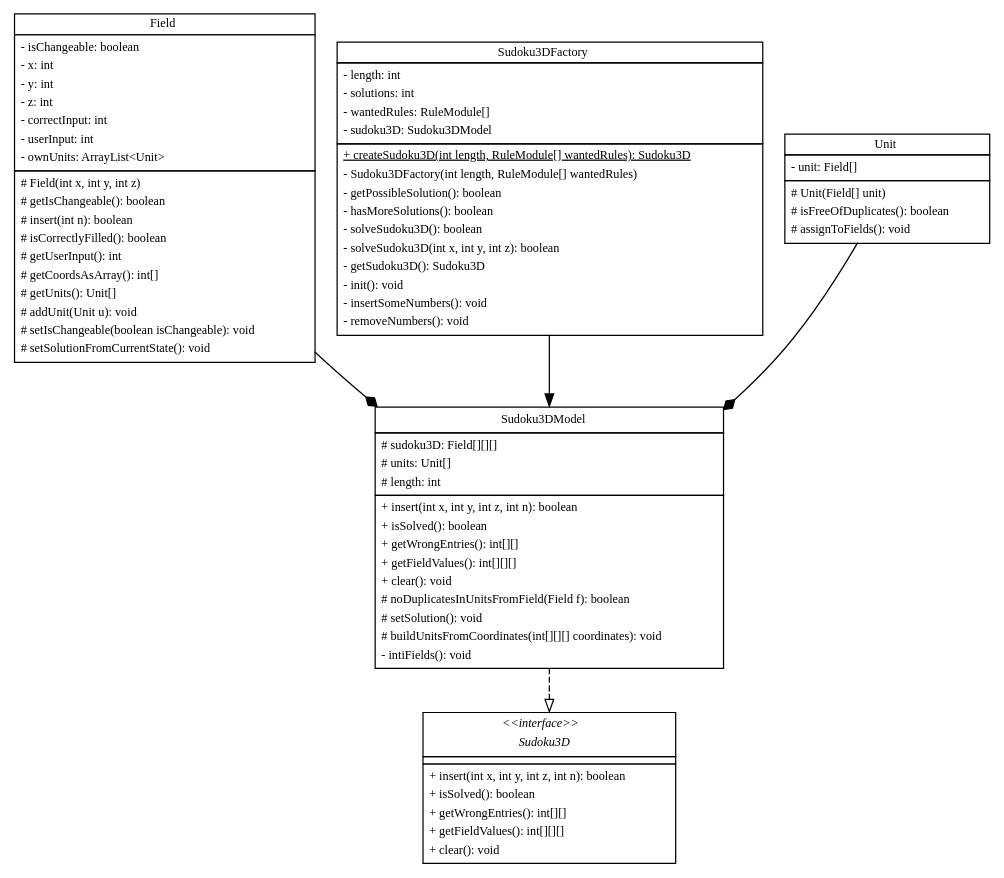
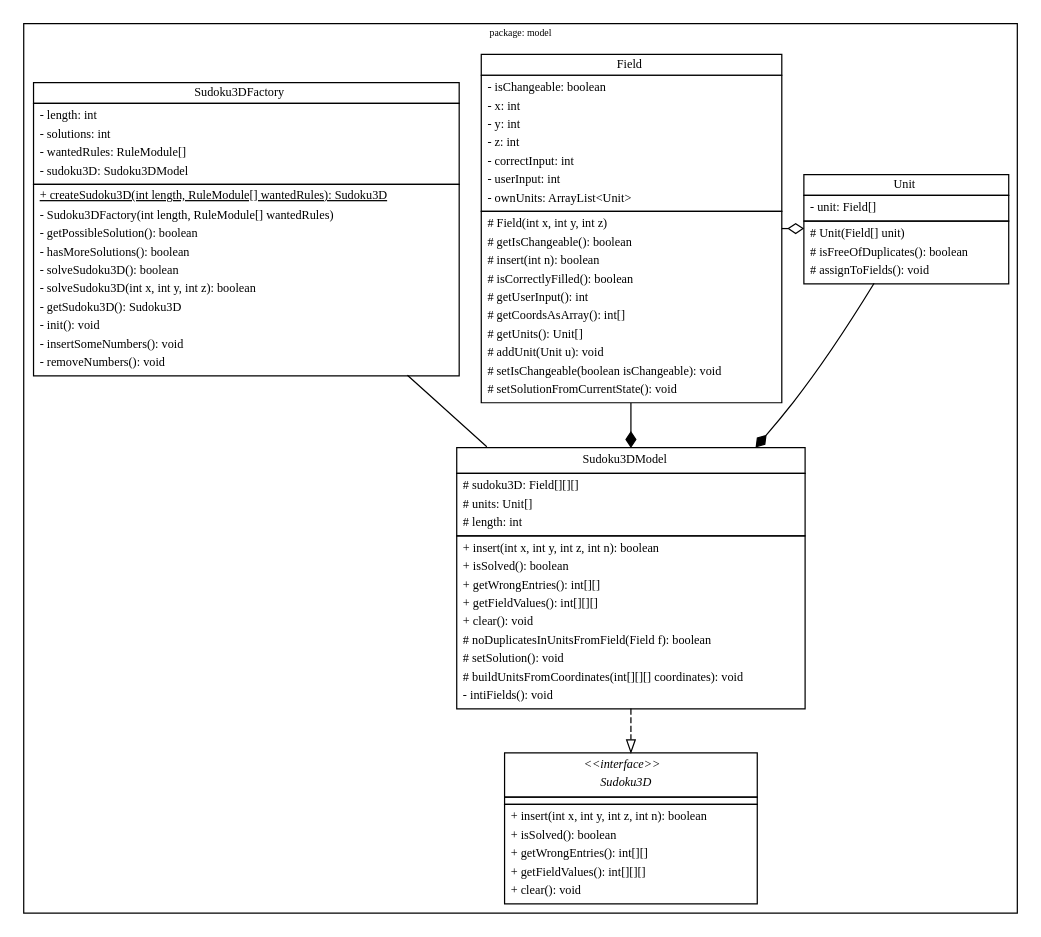
The diagram in doc/model.dot (Mavpotter/Sudoku3D), drawn with Graphviz before and after one commit.

Commit message:
improved arrows

```diff
--- a/doc/model.dot
+++ b/doc/model.dot
@@ -1,186 +1,191 @@
 digraph G {
     fontname = "Bitstream Vera Sans"
     fontsize = 8
 
     node [
         fontname = "Bitstream Vera Sans"
         fontsize = 10
         shape = none width=0 height=0 margin=0
     ]
 
     edge [
         fontname = "Bitstream Vera Sans"
         fontsize = 10
     ]
 
-    subgraph packagemodel{
+    subgraph clustermodel{
+
+        label = "package: model"
 
         field [
             label =
             <<table border="0" cellspacing="0" cellborder="1">
                 <tr>
                     <td>Field</td>
                 </tr>
                 <tr>
                     <td>
                         <table border="0" cellspacing="0" cellborder="0">
                             <tr><td align="left">- isChangeable: boolean</td></tr>
                             <tr><td align="left">- x: int</td></tr>
                             <tr><td align="left">- y: int</td></tr>
                             <tr><td align="left">- z: int</td></tr>
                             <tr><td align="left">- correctInput: int</td></tr>
                             <tr><td align="left">- userInput: int</td></tr>
                             <tr><td align="left">- ownUnits: ArrayList&lt;Unit&gt;</td></tr>
                         </table>
                     </td>
                 </tr>
                 <tr>
                     <td>
                         <table border="0" cellspacing="0" cellborder="0">
                             <tr><td align="left"># Field(int x, int y, int z)</td></tr>
                             <tr><td align="left"># getIsChangeable(): boolean</td></tr>
                             <tr><td align="left"># insert(int n): boolean</td></tr>
                             <tr><td align="left"># isCorrectlyFilled(): boolean</td></tr>
                             <tr><td align="left"># getUserInput(): int</td></tr>
                             <tr><td align="left"># getCoordsAsArray(): int[]</td></tr>
                             <tr><td align="left"># getUnits(): Unit[]</td></tr>
                             <tr><td align="left"># addUnit(Unit u): void</td></tr>
                             <tr><td align="left"># setIsChangeable(boolean isChangeable): void</td></tr>
                             <tr><td align="left"># setSolutionFromCurrentState(): void</td></tr>
                         </table>
                     </td>
                 </tr>
             </table>>
         ]
 
         sudoku3d [
             label =
             <<table border="0" cellspacing="0" cellborder="1">
                 <tr>
                     <td>
                         <table border="0" cellspacing="0" cellborder="0">
                             <tr><td align="center"><i>&lt;&lt;interface&gt;&gt;</i></td></tr>
                             <tr><td align="center"><i>Sudoku3D</i></td></tr>
                         </table>
                     </td>
                 </tr>
                 <tr>
                     <td></td>
                 </tr>
                 <tr>
                     <td>
                         <table border="0" cellspacing="0" cellborder="0">
                             <tr><td align="left">+ insert(int x, int y, int z, int n): boolean</td></tr>
                             <tr><td align="left">+ isSolved(): boolean</td></tr>
                             <tr><td align="left">+ getWrongEntries(): int[][]</td></tr>
                             <tr><td align="left">+ getFieldValues(): int[][][]</td></tr>
                             <tr><td align="left">+ clear(): void</td></tr>
                         </table>
                     </td>
                 </tr>
             </table>>
         ]
 
         sudoku3dfactory [
             label =
             <<table border="0" cellspacing="0" cellborder="1">
                 <tr>
                     <td>Sudoku3DFactory</td>
                 </tr>
                 <tr>
                     <td>
                         <table border="0" cellspacing="0" cellborder="0">
                             <tr><td align="left">- length: int</td></tr>
                             <tr><td align="left">- solutions: int</td></tr>
                             <tr><td align="left">- wantedRules: RuleModule[]</td></tr>
                             <tr><td align="left">- sudoku3D: Sudoku3DModel</td></tr>
                         </table>
                     </td>
                 </tr>
                 <tr>
                     <td>
                         <table border="0" cellspacing="0" cellborder="0">
                             <tr><td align="left"><u>+ createSudoku3D(int length, RuleModule[] wantedRules): Sudoku3D</u></td></tr>
                             <tr><td align="left">- Sudoku3DFactory(int length, RuleModule[] wantedRules)</td></tr>
                             <tr><td align="left">- getPossibleSolution(): boolean</td></tr>
                             <tr><td align="left">- hasMoreSolutions(): boolean</td></tr>
                             <tr><td align="left">- solveSudoku3D(): boolean</td></tr>
                             <tr><td align="left">- solveSudoku3D(int x, int y, int z): boolean</td></tr>
                             <tr><td align="left">- getSudoku3D(): Sudoku3D</td></tr>
                             <tr><td align="left">- init(): void</td></tr>
                             <tr><td align="left">- insertSomeNumbers(): void</td></tr>
                             <tr><td align="left">- removeNumbers(): void</td></tr>
                         </table>
                     </td>
                 </tr>
             </table>>
         ]
 
         sudoku3dmodel [
             label =
             <<table border="0" cellspacing="0" cellborder="1">
                 <tr>
                     <td>
                         <table border="0" cellspacing="0" cellborder="0">
                             <tr><td align="center">Sudoku3DModel</td></tr>
                         </table>
                     </td>
                 </tr>
                 <tr>
                     <td>
                         <table border="0" cellspacing="0" cellborder="0">
                             <tr><td align="left"># sudoku3D: Field[][][]</td></tr>
                             <tr><td align="left"># units: Unit[]</td></tr>
                             <tr><td align="left"># length: int</td></tr>
                         </table>
                     </td>
                 </tr>
                 <tr>
                     <td>
                         <table border="0" cellspacing="0" cellborder="0">
                             <tr><td align="left">+ insert(int x, int y, int z, int n): boolean</td></tr>
                             <tr><td align="left">+ isSolved(): boolean</td></tr>
                             <tr><td align="left">+ getWrongEntries(): int[][]</td></tr>
                             <tr><td align="left">+ getFieldValues(): int[][][]</td></tr>
                             <tr><td align="left">+ clear(): void</td></tr>
                             <tr><td align="left"># noDuplicatesInUnitsFromField(Field f): boolean</td></tr>
                             <tr><td align="left"># setSolution(): void</td></tr>
                             <tr><td align="left"># buildUnitsFromCoordinates(int[][][] coordinates): void</td></tr>
                             <tr><td align="left">- intiFields(): void</td></tr>
                         </table>
                     </td>
                 </tr>
             </table>>
         ]
 
         unit [
             label =
             <<table border="0" cellspacing="0" cellborder="1">
                 <tr>
                     <td>Unit</td>
                 </tr>
                 <tr>
                     <td>
                         <table border="0" cellspacing="0" cellborder="0">
                             <tr><td align="left">- unit: Field[]</td></tr>
                         </table>
                     </td>
                 </tr>
                 <tr>
                     <td>
                         <table border="0" cellspacing="0" cellborder="0">
                             <tr><td align="left"># Unit(Field[] unit)</td></tr>
                             <tr><td align="left"># isFreeOfDuplicates(): boolean</td></tr>
                             <tr><td align="left"># assignToFields(): void</td></tr>
                         </table>
                     </td>
                 </tr>
             </table>>
         ]
+
+        {rank="same" unit field}
     }
 
-    sudoku3dfactory -> sudoku3dmodel
+    sudoku3dfactory -> sudoku3dmodel [arrowhead=none]
     field -> sudoku3dmodel [arrowhead=diamond]
     unit -> sudoku3dmodel [arrowhead=diamond]
+    field -> unit [arrowhead=odiamond]
     sudoku3dmodel -> sudoku3d [arrowhead=onormal,style=dashed]
 }
```
